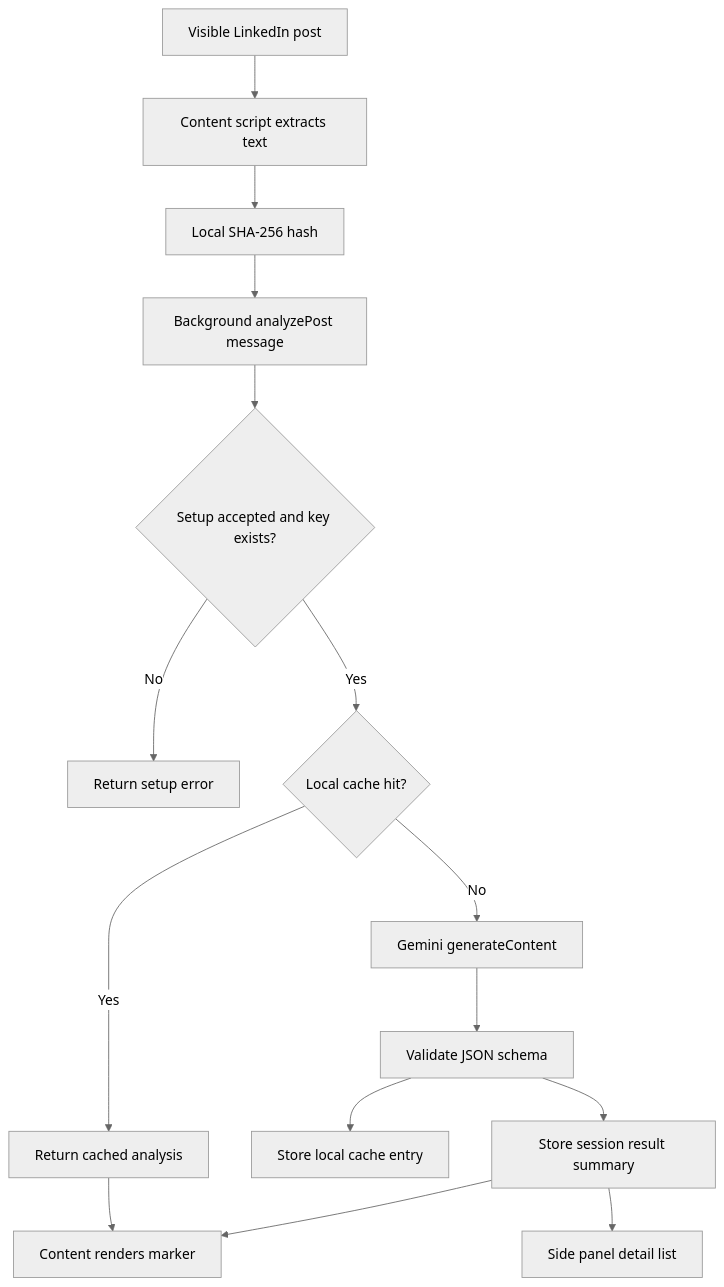
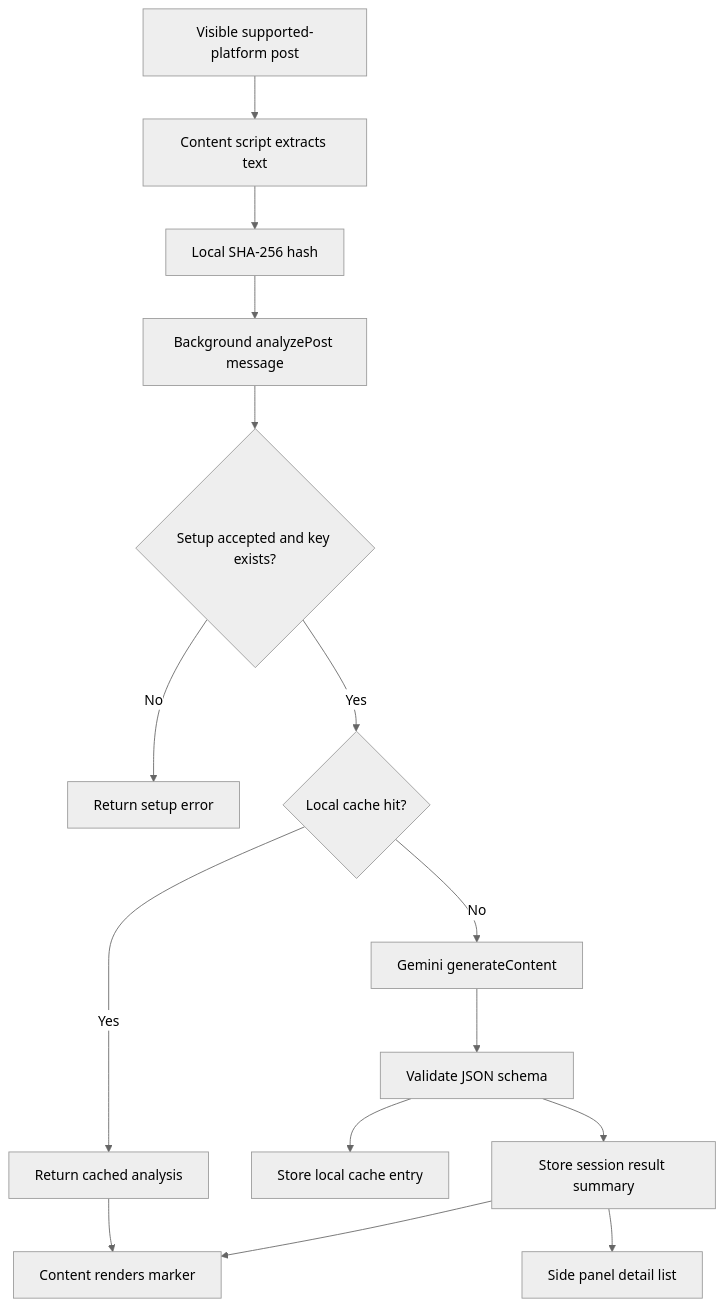
Before and after one commit to shivamk3r/feedlens: the diagram in docs/architecture.md, drawn with Mermaid (neutral theme). The commit also changed other lines of this file and 29 other files, not shown here.

````diff
--- a/docs/architecture.md
+++ b/docs/architecture.md
@@ -33,17 +34,17 @@
 ```mermaid
 flowchart TD
-  A["Visible LinkedIn post"] --> B["Content script extracts text"]
+  A["Visible supported-platform post"] --> B["Content script extracts text"]
   B --> C["Local SHA-256 hash"]
   C --> D["Background analyzePost message"]
   D --> E{"Setup accepted and key exists?"}
   E -- "No" --> F["Return setup error"]
   E -- "Yes" --> G{"Local cache hit?"}
   G -- "Yes" --> H["Return cached analysis"]
   G -- "No" --> I["Gemini generateContent"]
   I --> J["Validate JSON schema"]
   J --> K["Store local cache entry"]
   J --> L["Store session result summary"]
   H --> M["Content renders marker"]
   L --> M
   L --> N["Side panel detail list"]
 ```
````
